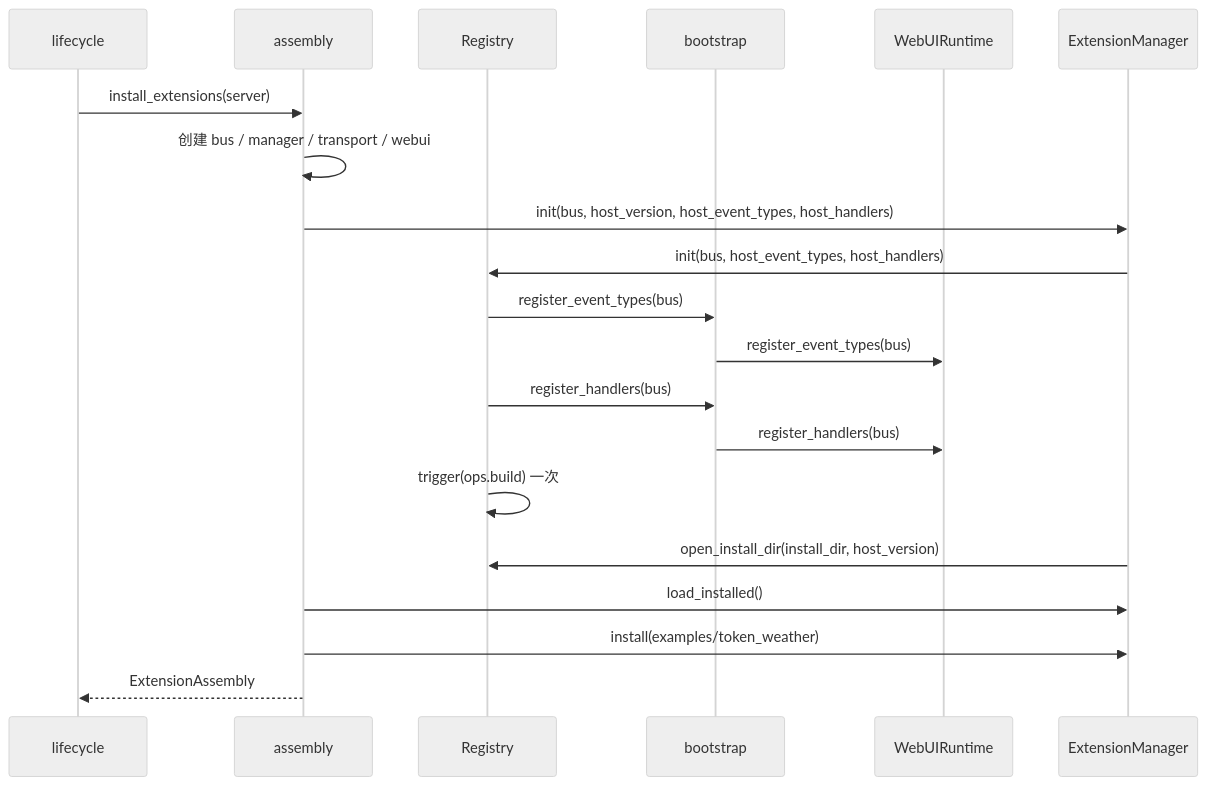
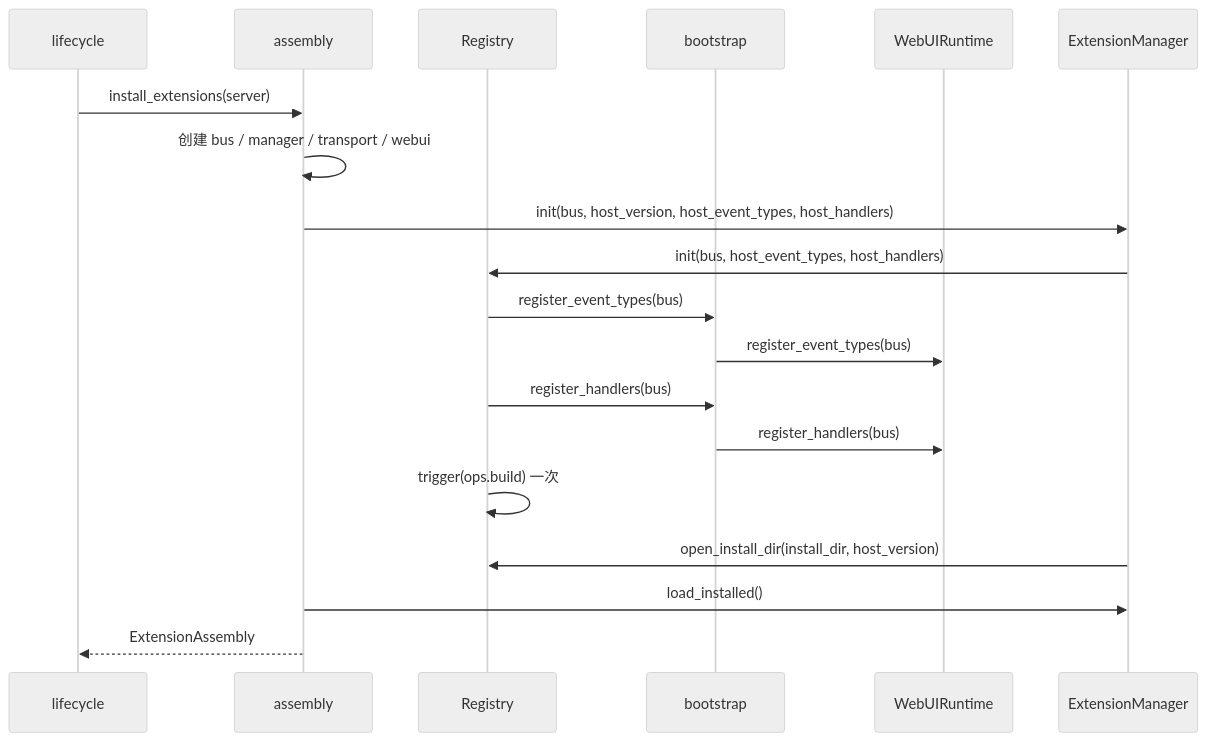
The diagram in jiuwenswarm/extensions_v2/docs/features/F_01_assembly-and-source.md (openJiuwen-ai/jiuwenswarm), drawn with Mermaid (neutral theme) before and after one commit. The commit also changed other lines of this file and 31 other files, not shown here.

````diff
--- a/jiuwenswarm/extensions_v2/docs/features/F_01_assembly-and-source.md
+++ b/jiuwenswarm/extensions_v2/docs/features/F_01_assembly-and-source.md
@@ -41,22 +41,21 @@
 ```mermaid
 sequenceDiagram
     participant L as lifecycle
     participant A as assembly
     participant R as Registry
     participant BS as bootstrap
     participant W as WebUIRuntime
     participant M as ExtensionManager
     L->>A: install_extensions(server)
     A->>A: 创建 bus / manager / transport / webui
     A->>M: init(bus, host_version, host_event_types, host_handlers)
     M->>R: init(bus, host_event_types, host_handlers)
     R->>BS: register_event_types(bus)
     BS->>W: register_event_types(bus)
     R->>BS: register_handlers(bus)
     BS->>W: register_handlers(bus)
     R->>R: trigger(ops.build) 一次
     M->>R: open_install_dir(install_dir, host_version)
     A->>M: load_installed()
-    A->>M: install(examples/token_weather)
     A-->>L: ExtensionAssembly
 ```
````
